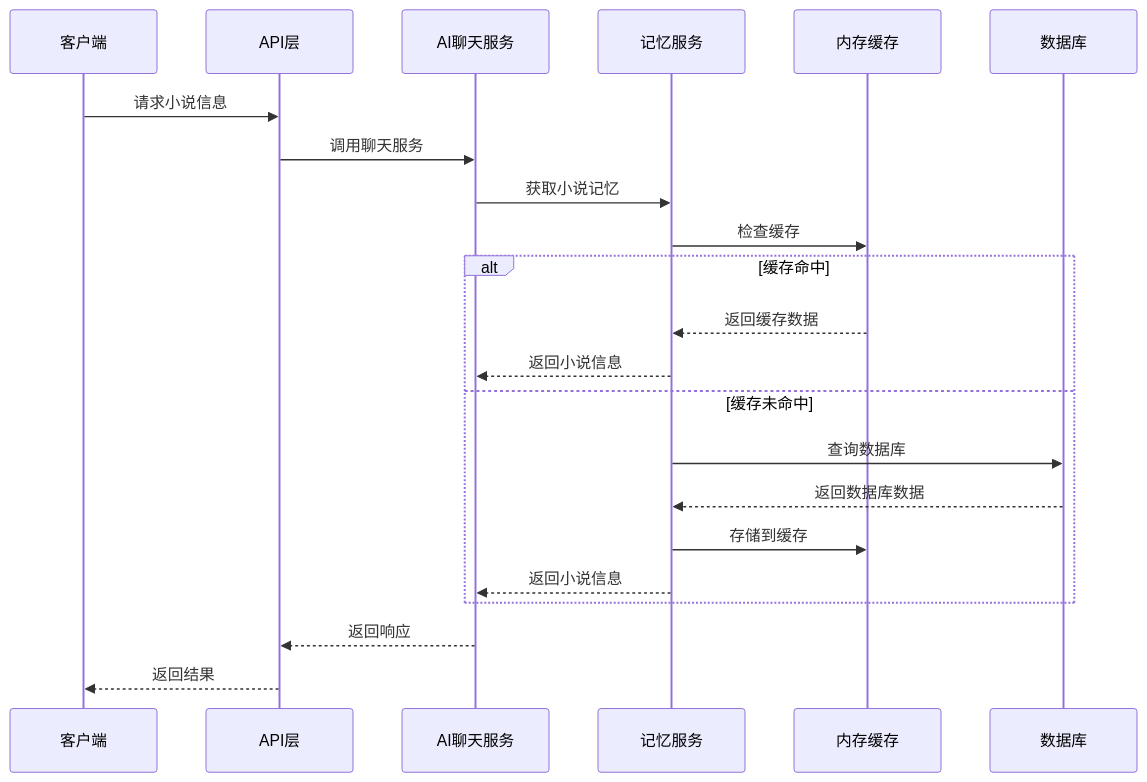
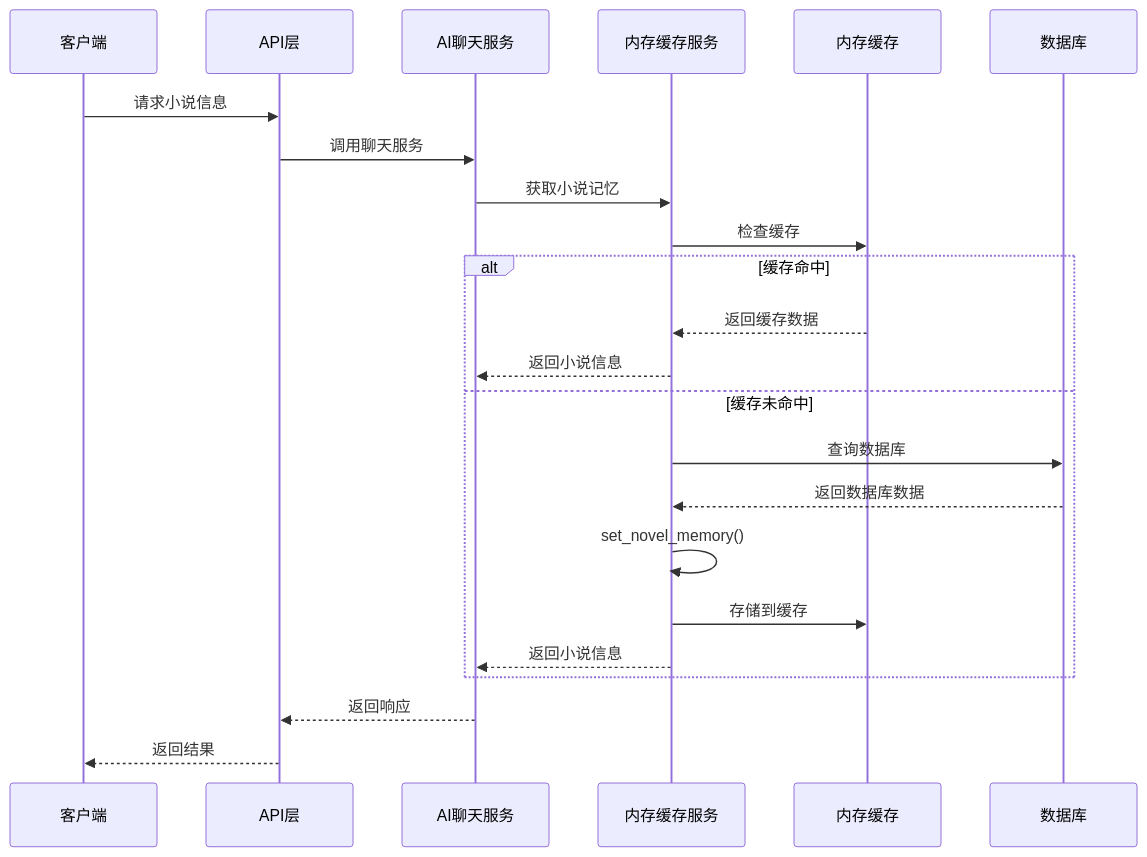
One commit to xfbyxq/ai-novel-system changed the second of 7 diagrams in .qoder/repowiki/zh/content/Memory Service.md. Above: the diagram before and after it, drawn with Mermaid. The commit also changed other lines of this file and 4 other files, not shown here.

````diff
--- a/.qoder/repowiki/zh/content/Memory Service.md
+++ b/.qoder/repowiki/zh/content/Memory Service.md
@@ -94,24 +102,25 @@
 ```mermaid
 sequenceDiagram
 participant Client as 客户端
 participant API as API层
 participant ChatService as AI聊天服务
-participant MemoryService as 记忆服务
+participant MemoryService as 内存缓存服务
 participant Cache as 内存缓存
 participant DB as 数据库
 Client->>API : 请求小说信息
 API->>ChatService : 调用聊天服务
 ChatService->>MemoryService : 获取小说记忆
 MemoryService->>Cache : 检查缓存
 alt 缓存命中
 Cache-->>MemoryService : 返回缓存数据
 MemoryService-->>ChatService : 返回小说信息
 else 缓存未命中
 MemoryService->>DB : 查询数据库
 DB-->>MemoryService : 返回数据库数据
+MemoryService->>MemoryService : set_novel_memory()
 MemoryService->>Cache : 存储到缓存
 MemoryService-->>ChatService : 返回小说信息
 end
 ChatService-->>API : 返回响应
 API-->>Client : 返回结果
 ```
````
